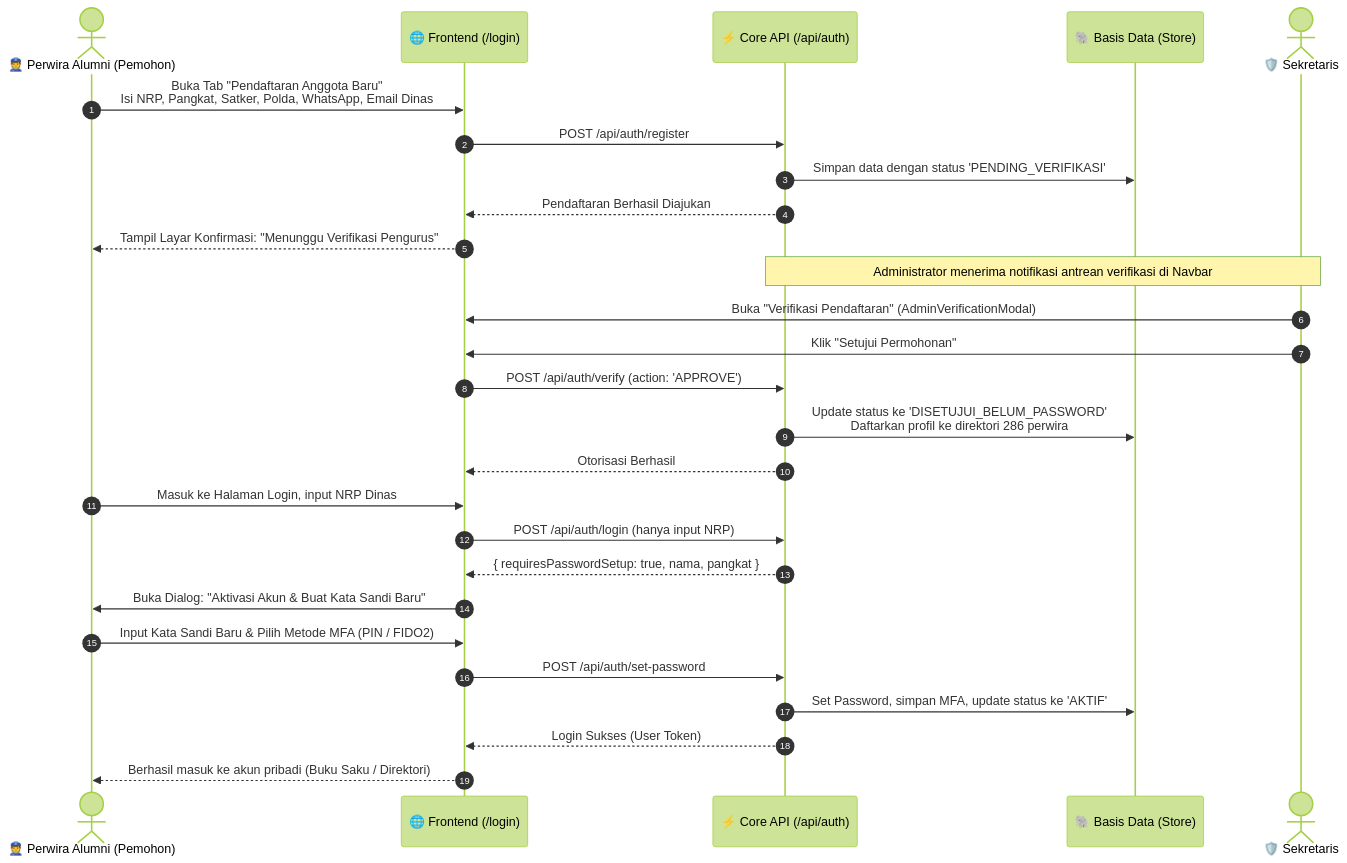
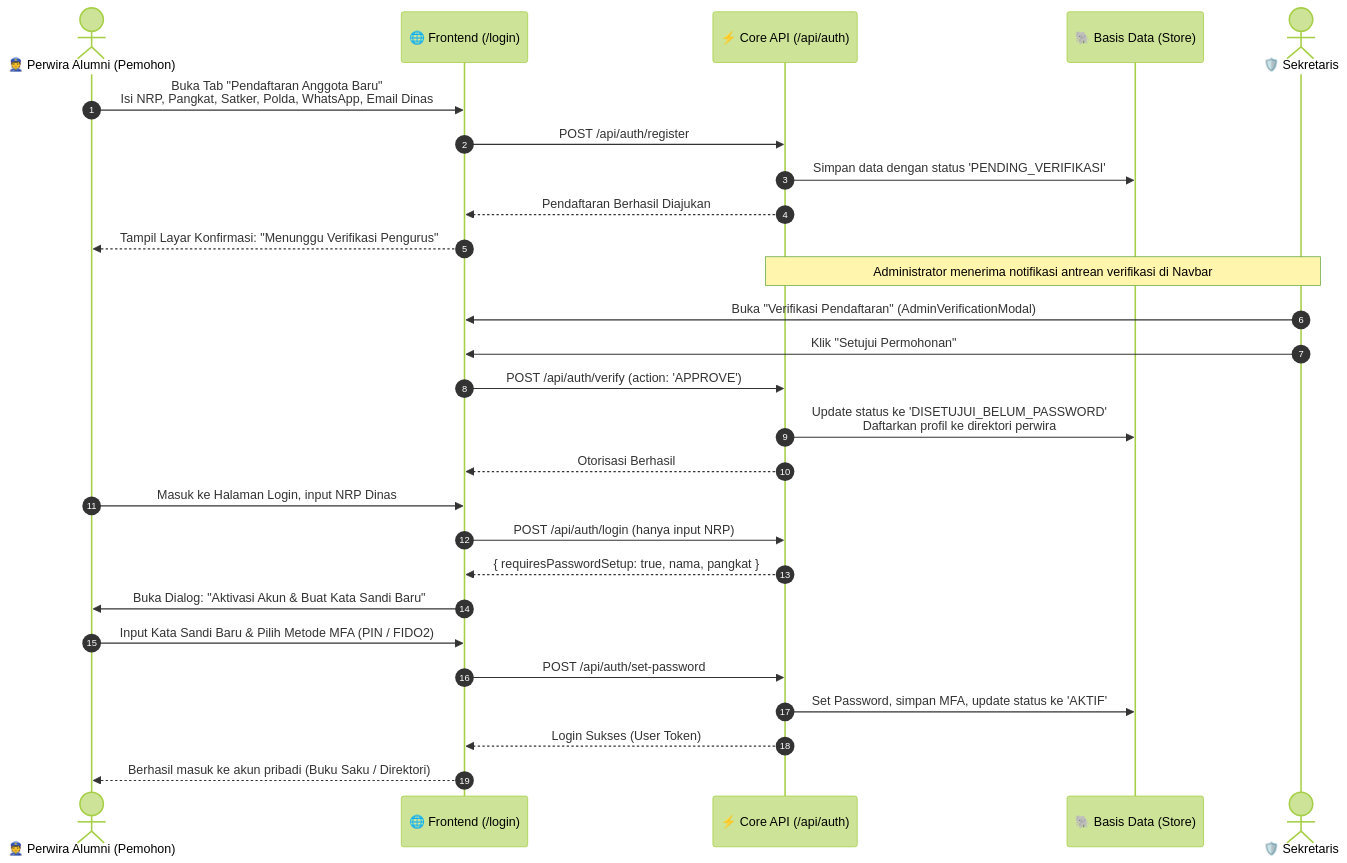
The second of 2 diagrams in ARCHITECTURE.md (omeko11/wirasatya96), drawn with Mermaid (forest theme) before and after one commit. The commit also changed other lines of this file and 3 other files, not shown here.

Commit message:
docs: align repository documentation and SQL schema with current app state

````diff
--- a/ARCHITECTURE.md
+++ b/ARCHITECTURE.md
@@ -118,32 +118,32 @@
 ```mermaid
 sequenceDiagram
     autonumber
     actor Officer as 👮 Perwira Alumni (Pemohon)
     participant FE as 🌐 Frontend (/login)
     participant API as ⚡ Core API (/api/auth)
     participant DB as 🐘 Basis Data (Store)
     actor Admin as 🛡️ Sekretaris
 
     Officer->>FE: Buka Tab "Pendaftaran Anggota Baru"<br/>Isi NRP, Pangkat, Satker, Polda, WhatsApp, Email Dinas
     FE->>API: POST /api/auth/register
     API->>DB: Simpan data dengan status 'PENDING_VERIFIKASI'
     API-->>FE: Pendaftaran Berhasil Diajukan
     FE-->>Officer: Tampil Layar Konfirmasi: "Menunggu Verifikasi Pengurus"
 
     Note over Admin,API: Administrator menerima notifikasi antrean verifikasi di Navbar
     Admin->>FE: Buka "Verifikasi Pendaftaran" (AdminVerificationModal)
     Admin->>FE: Klik "Setujui Permohonan"
     FE->>API: POST /api/auth/verify (action: 'APPROVE')
-    API->>DB: Update status ke 'DISETUJUI_BELUM_PASSWORD'<br/>Daftarkan profil ke direktori 286 perwira
+    API->>DB: Update status ke 'DISETUJUI_BELUM_PASSWORD'<br/>Daftarkan profil ke direktori perwira
     API-->>FE: Otorisasi Berhasil
 
     Officer->>FE: Masuk ke Halaman Login, input NRP Dinas
     FE->>API: POST /api/auth/login (hanya input NRP)
     API-->>FE: { requiresPasswordSetup: true, nama, pangkat }
     FE->>Officer: Buka Dialog: "Aktivasi Akun & Buat Kata Sandi Baru"
     Officer->>FE: Input Kata Sandi Baru & Pilih Metode MFA (PIN / FIDO2)
     FE->>API: POST /api/auth/set-password
     API->>DB: Set Password, simpan MFA, update status ke 'AKTIF'
     API-->>FE: Login Sukses (User Token)
     FE-->>Officer: Berhasil masuk ke akun pribadi (Buku Saku / Direktori)
 ```
````
